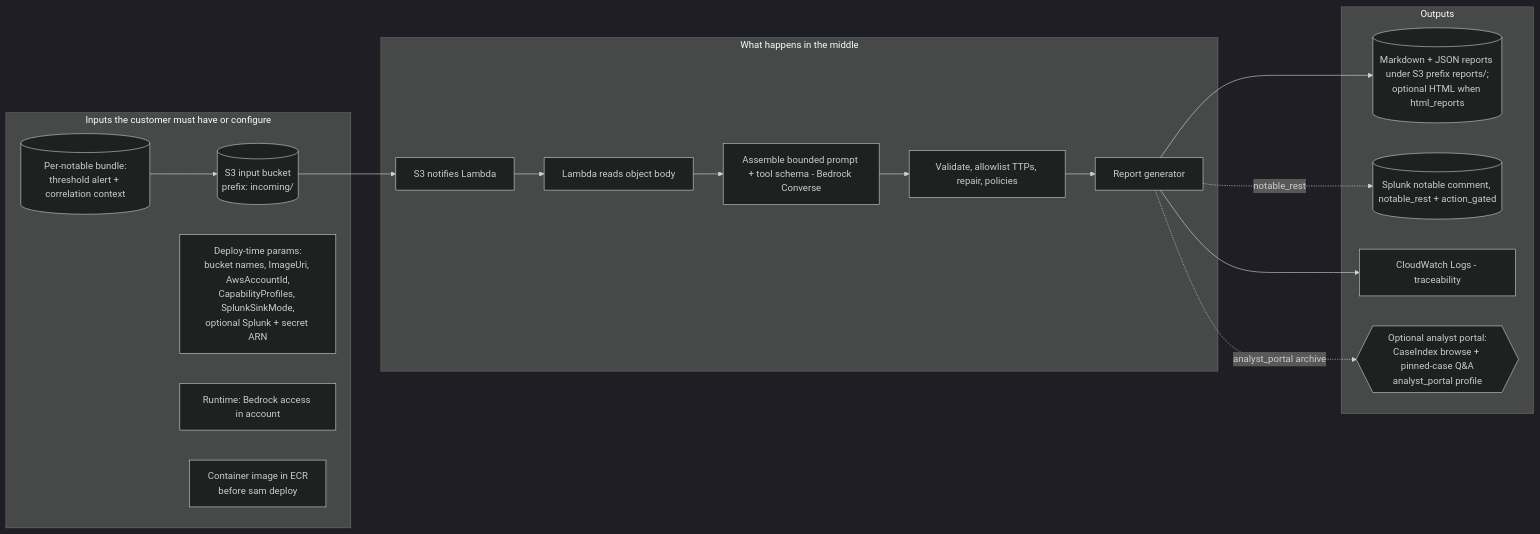
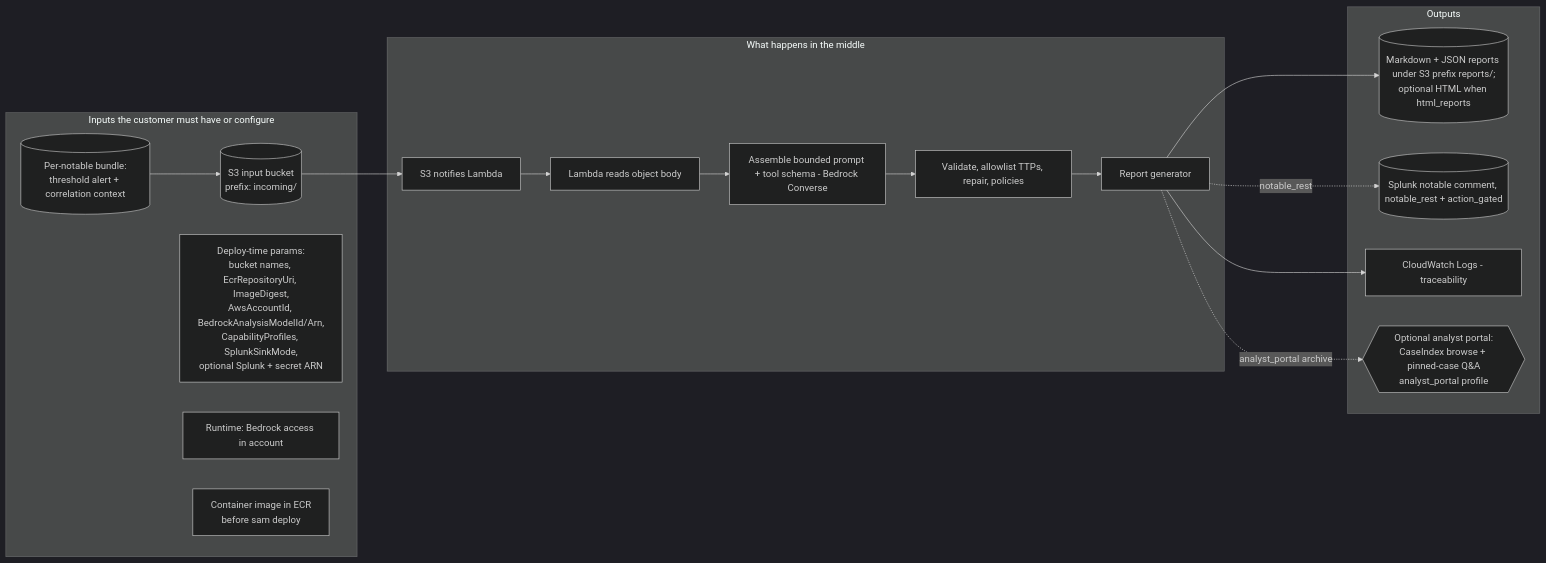
One commit to dreyna001/llm_notable_analysis changed the second of 4 diagrams in s3_notable_pipeline_commercial/docs/delivery_package/end_to_end_diagrams/END_TO_END_DIAGRAMS.md. Above: the diagram before and after it, drawn with Mermaid (dark theme). The commit also changed other lines of this file and 18 other files, not shown here.

First line of the commit message:
Sync commercial AWS deployment docs with current SAM image and model contract.

````diff
--- a/s3_notable_pipeline_commercial/docs/delivery_package/end_to_end_diagrams/END_TO_END_DIAGRAMS.md
+++ b/s3_notable_pipeline_commercial/docs/delivery_package/end_to_end_diagrams/END_TO_END_DIAGRAMS.md
@@ -116,36 +116,36 @@
 ```mermaid
 flowchart LR
   subgraph Inputs["Inputs the customer must have or configure"]
     I1[(Per-notable bundle:<br/>threshold alert + correlation context)]
     I2[("S3 input bucket<br/>prefix: incoming/")]
-    I3[Deploy-time params:<br/>bucket names, ImageUri, AwsAccountId,<br/>CapabilityProfiles, SplunkSinkMode,<br/>optional Splunk + secret ARN]
+    I3[Deploy-time params:<br/>bucket names, EcrRepositoryUri, ImageDigest,<br/>AwsAccountId, BedrockAnalysisModelId/Arn,<br/>CapabilityProfiles, SplunkSinkMode,<br/>optional Splunk + secret ARN]
     I4[Runtime: Bedrock access in account]
     I5[Container image in ECR<br/>before sam deploy]
   end
 
   subgraph Middle["What happens in the middle"]
     M1[S3 notifies Lambda]
     M2[Lambda reads object body]
     M3[Assemble bounded prompt + tool schema - Bedrock Converse]
     M4[Validate, allowlist TTPs, repair, policies]
     M5[Report generator]
   end
 
   subgraph Outputs["Outputs"]
     O1[("Markdown + JSON reports under S3 prefix reports/;<br/>optional HTML when html_reports")]
     O2[("Splunk notable comment, notable_rest + action_gated")]
     O3[CloudWatch Logs - traceability]
     O4{{Optional analyst portal:<br/>CaseIndex browse + pinned-case Q&A<br/>analyst_portal profile}}
   end
 
   I1 --> I2
   I2 --> M1
   M1 --> M2
   M2 --> M3
   M3 --> M4
   M4 --> M5
   M5 --> O1
   M5 -. notable_rest .-> O2
   M5 --> O3
   M5 -. analyst_portal archive .-> O4
 ```
````
